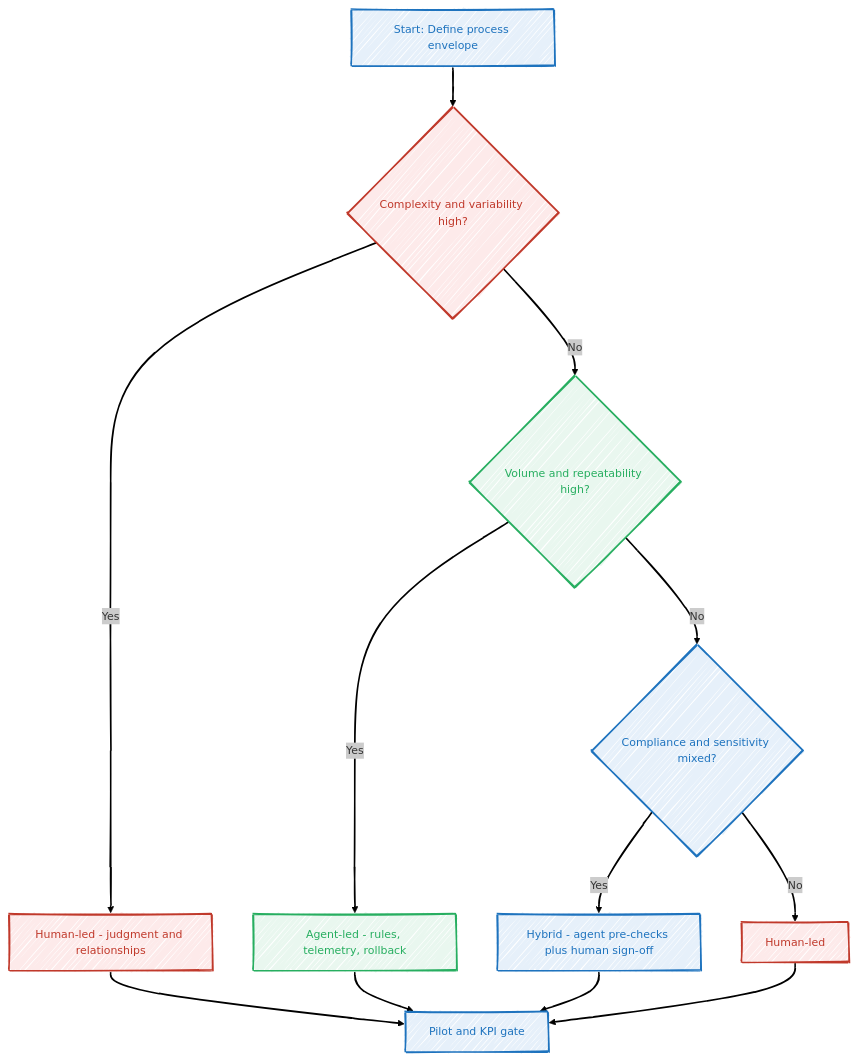
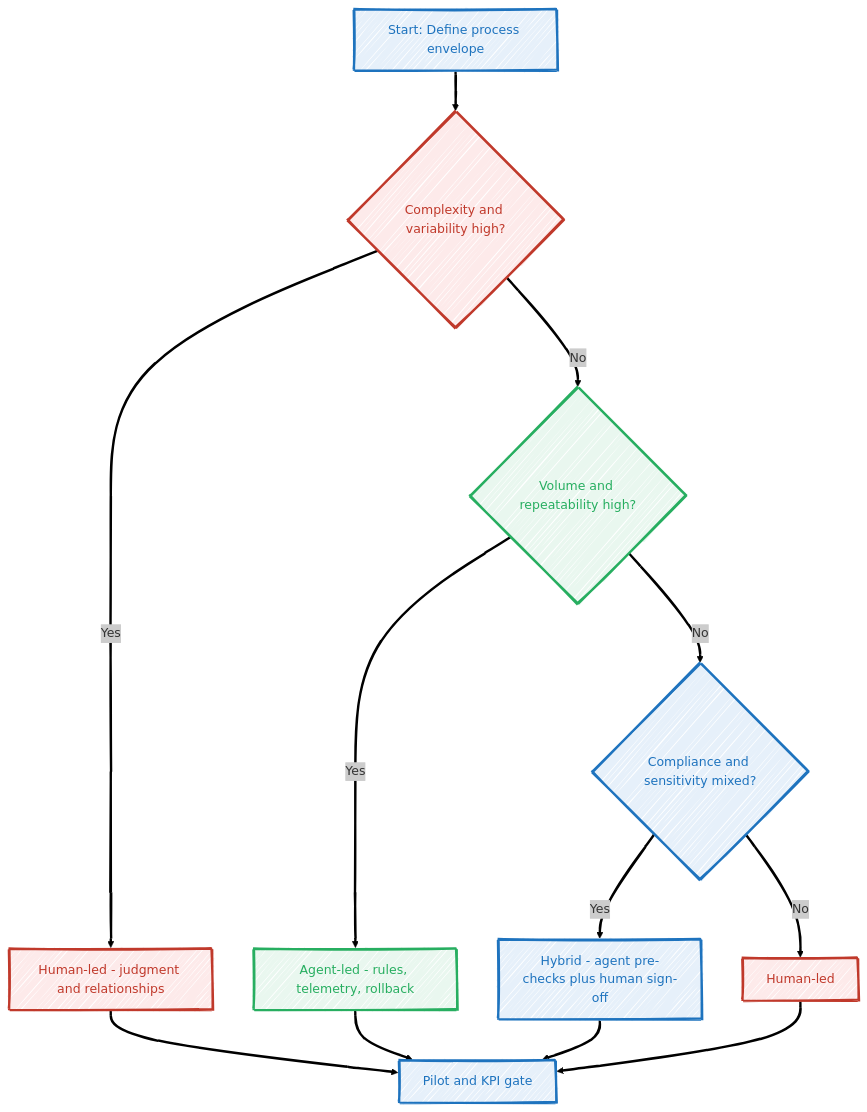
Before and after one commit to antomon/antomon.github.io: the diagram in posts/beyond-the-hype-what-microsoft-copilot-data-really-says-about-AI-at-work/index.qmd, drawn with Mermaid. The commit also changed other lines of this file and 5 other files, not shown here.

````diff
--- a/posts/beyond-the-hype-what-microsoft-copilot-data-really-says-about-AI-at-work/index.qmd
+++ b/posts/beyond-the-hype-what-microsoft-copilot-data-really-says-about-AI-at-work/index.qmd
@@ -874,45 +874,45 @@
 ```{mermaid}
 %%| label: CARO-decision-flow
 %%| fig-cap: CARO decision flow
 %%| fig-alt: CARO decision flow
 %%| fig-align: center
-%%{init: {"theme": "neo", "look": "handDrawn"}}%%
+%%{init: {"theme": "neo", "look": "handDrawn", "themeVariables": { "fontSize": "16px", "lineWidth": 3 }}}%%
 
 flowchart TD
   S[Start: Define process envelope] --> A{Complexity and variability high?}
   A -- Yes --> H1[Human-led - judgment and relationships]
   A -- No --> B{Volume and repeatability high?}
   B -- Yes --> AG1[Agent-led - rules, telemetry, rollback]
   B -- No --> C{Compliance and sensitivity mixed?}
   C -- Yes --> HY1[Hybrid - agent pre-checks plus human sign-off]
   C -- No --> H2[Human-led]
   H1 --> E[Pilot and KPI gate]
   AG1 --> E
   HY1 --> E
   H2 --> E
 
-  %% Node styles (explicit, like your example)
-  style S stroke:#1e73be,fill:#e6f0fa,color:#1e73be,stroke-width:2px
-  style A stroke:#c0392b,fill:#fdeaea,color:#c0392b,stroke-width:2px
-  style B stroke:#27ae60,fill:#e9f7ef,color:#27ae60,stroke-width:2px
-  style C stroke:#1e73be,fill:#e6f0fa,color:#1e73be,stroke-width:2px
+  %% Node styles
+  style S stroke:#1e73be,fill:#e6f0fa,color:#1e73be,stroke-width:3px
+  style A stroke:#c0392b,fill:#fdeaea,color:#c0392b,stroke-width:3px
+  style B stroke:#27ae60,fill:#e9f7ef,color:#27ae60,stroke-width:3px
+  style C stroke:#1e73be,fill:#e6f0fa,color:#1e73be,stroke-width:3px
 
-  style H1 stroke:#c0392b,fill:#fdeaea,color:#c0392b,stroke-width:2px
-  style H2 stroke:#c0392b,fill:#fdeaea,color:#c0392b,stroke-width:2px
-  style AG1 stroke:#27ae60,fill:#e9f7ef,color:#27ae60,stroke-width:2px
-  style HY1 stroke:#1e73be,fill:#e6f0fa,color:#1e73be,stroke-width:2px
-  style E stroke:#1e73be,fill:#e6f0fa,color:#1e73be,stroke-width:2px
+  style H1 stroke:#c0392b,fill:#fdeaea,color:#c0392b,stroke-width:3px
+  style H2 stroke:#c0392b,fill:#fdeaea,color:#c0392b,stroke-width:3px
+  style AG1 stroke:#27ae60,fill:#e9f7ef,color:#27ae60,stroke-width:3px
+  style HY1 stroke:#1e73be,fill:#e6f0fa,color:#1e73be,stroke-width:3px
+  style E stroke:#1e73be,fill:#e6f0fa,color:#1e73be,stroke-width:3px
 
-  %% Black links like your sample
-  linkStyle 0 stroke:#000000,fill:none
-  linkStyle 1 stroke:#000000,fill:none
-  linkStyle 2 stroke:#000000,fill:none
-  linkStyle 3 stroke:#000000,fill:none
-  linkStyle 4 stroke:#000000,fill:none
-  linkStyle 5 stroke:#000000,fill:none
-  linkStyle 6 stroke:#000000,fill:none
-  linkStyle 7 stroke:#000000,fill:none
-  linkStyle 8 stroke:#000000,fill:none
-  linkStyle 9 stroke:#000000,fill:none
-  linkStyle 10 stroke:#000000,fill:none
+  %% Black links
+  linkStyle 0 stroke:#000000,stroke-width:3px,fill:none
+  linkStyle 1 stroke:#000000,stroke-width:3px,fill:none
+  linkStyle 2 stroke:#000000,stroke-width:3px,fill:none
+  linkStyle 3 stroke:#000000,stroke-width:3px,fill:none
+  linkStyle 4 stroke:#000000,stroke-width:3px,fill:none
+  linkStyle 5 stroke:#000000,stroke-width:3px,fill:none
+  linkStyle 6 stroke:#000000,stroke-width:3px,fill:none
+  linkStyle 7 stroke:#000000,stroke-width:3px,fill:none
+  linkStyle 8 stroke:#000000,stroke-width:3px,fill:none
+  linkStyle 9 stroke:#000000,stroke-width:3px,fill:none
+  linkStyle 10 stroke:#000000,stroke-width:3px,fill:none
 ```
````
